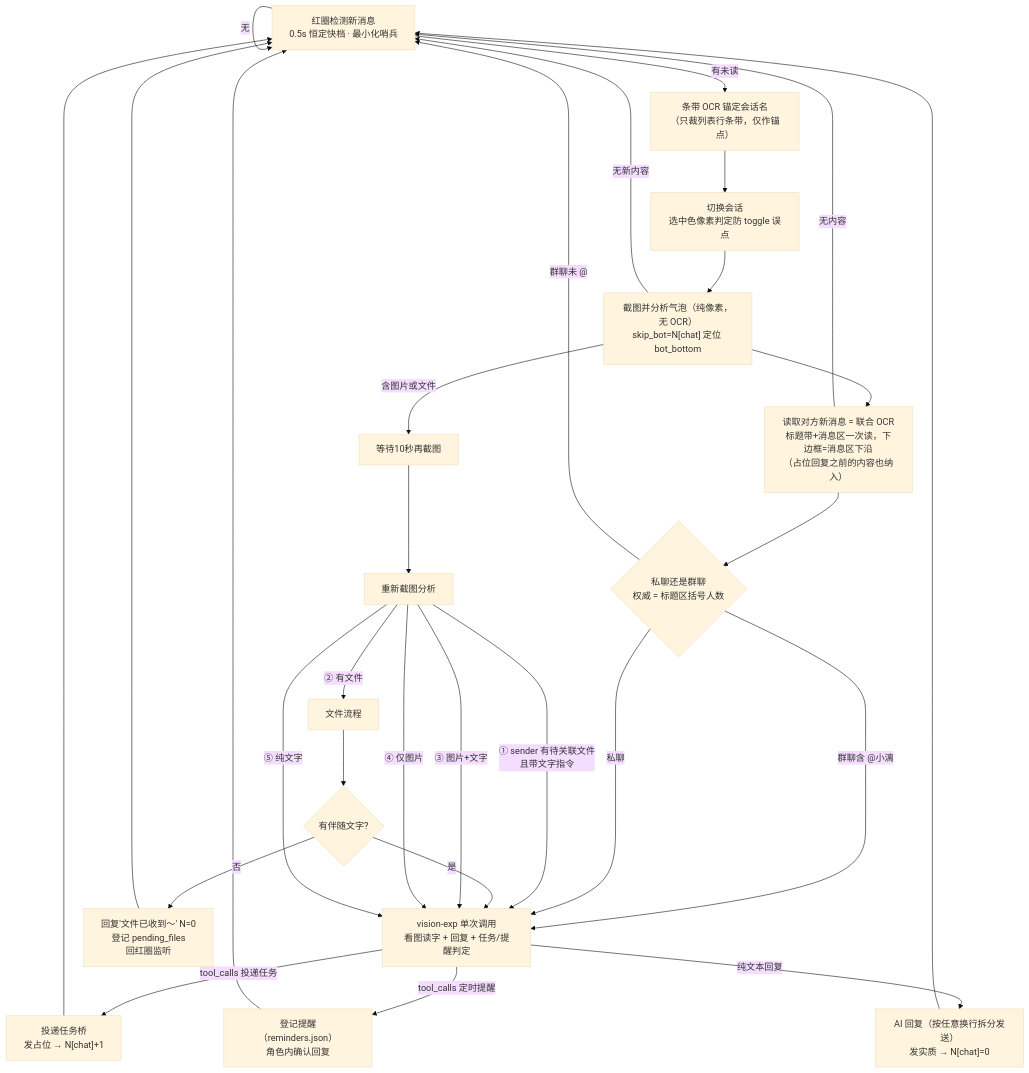
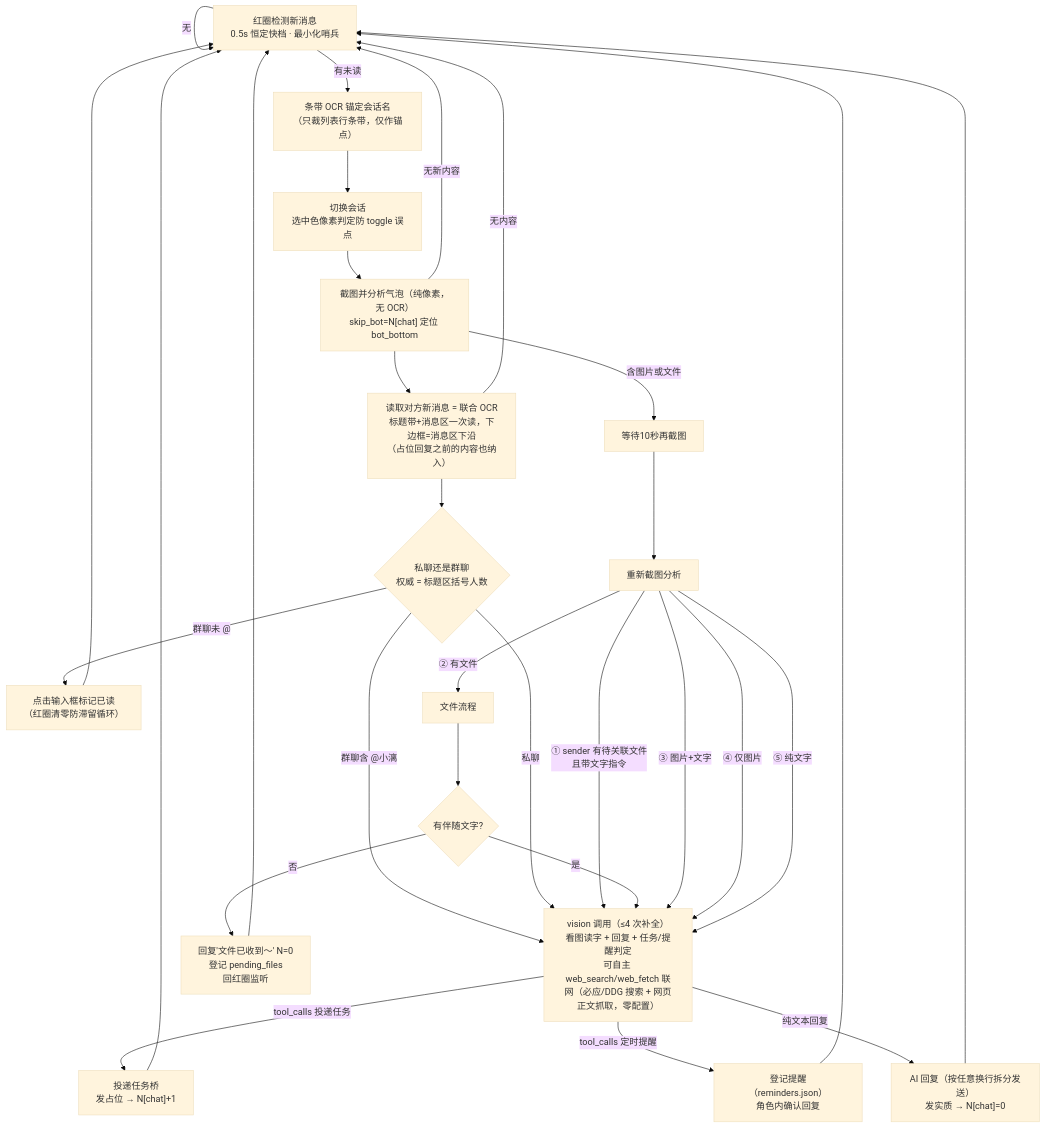
The diagram in README.md (wens6515/weixin-wechat-wxauto-ocr-xiaoli), drawn with Mermaid (base theme) before and after one commit. The commit also changed other lines of this file and 1 other file, not shown here.

````diff
--- a/README.md
+++ b/README.md
@@ -50,32 +51,33 @@
 ```mermaid
 flowchart TD
     A["红圈检测新消息<br/>0.5s 恒定快档 · 最小化哨兵"] -->|无| A
     A -->|有未读| B0["条带 OCR 锚定会话名<br/>（只裁列表行条带，仅作锚点）"]
     B0 --> B["切换会话<br/>选中色像素判定防 toggle 误点"]
     B --> D["截图并分析气泡（纯像素，无 OCR）<br/>skip_bot=N[chat] 定位 bot_bottom"]
     D -->|无新内容| A
     D -->|含图片或文件| H["等待10秒再截图"]
     D --> F["读取对方新消息 = 联合 OCR<br/>标题带+消息区一次读，下边框=消息区下沿<br/>（占位回复之前的内容也纳入）"]
     F -->|无内容| A
     F --> C{"私聊还是群聊<br/>权威 = 标题区括号人数"}
     C -->|群聊含 @小漓| I
-    C -->|群聊未 @| A
+    C -->|群聊未 @| G0["点击输入框标记已读<br/>（红圈清零防滞留循环）"]
+    G0 --> A
     C -->|私聊| I
     H --> L["重新截图分析"]
     L -->|① sender 有待关联文件<br/>且带文字指令| I
     L -->|② 有文件| O["文件流程"]
     O --> T2{"有伴随文字?"}
     T2 -->|是| I
     T2 -->|否| U["回复'文件已收到～' N=0<br/>登记 pending_files<br/>回红圈监听"]
     L -->|③ 图片+文字| I
     L -->|④ 仅图片| I
     L -->|⑤ 纯文字| I
-    I["vision-exp 单次调用<br/>看图读字 + 回复 + 任务/提醒判定"]
+    I["vision 调用（≤4 次补全）<br/>看图读字 + 回复 + 任务/提醒判定<br/>可自主 web_search/web_fetch 联网（必应/DDG 搜索 + 网页正文抓取，零配置）"]
     I -->|tool_calls 投递任务| K["投递任务桥<br/>发占位 → N[chat]+1"]
     I -->|tool_calls 定时提醒| R2["登记提醒（reminders.json）<br/>角色内确认回复"]
     I -->|纯文本回复| J["AI 回复（按任意换行拆分发送）<br/>发实质 → N[chat]=0"]
     U --> A
     K --> A
     R2 --> A
     J --> A
 ```
````
